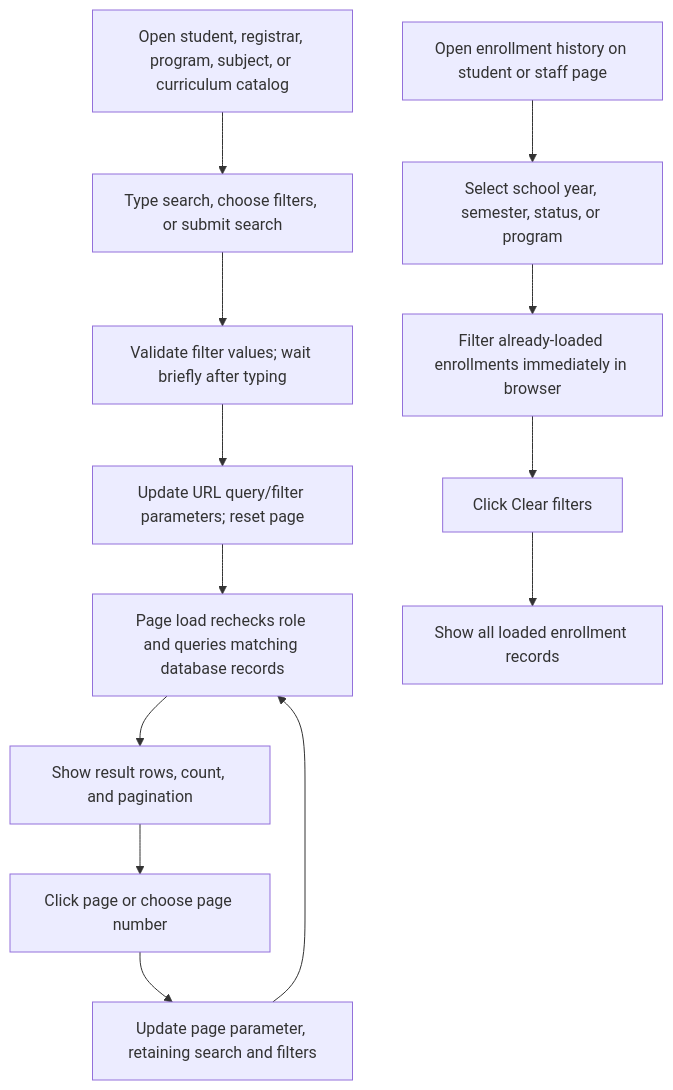
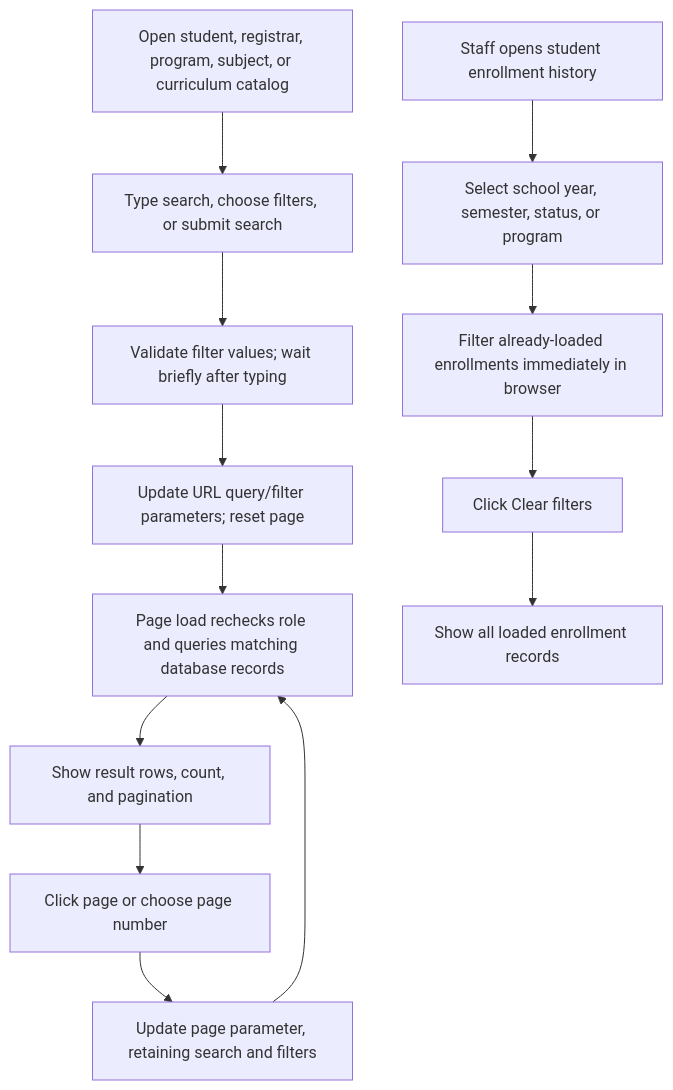
Diagram 15 of 19 in docs/system-flows.md (alincastrechristian-lgtm/enrollment-bpc), drawn with Mermaid before and after one commit. The commit also changed other lines of this file and 42 other files, not shown here.

````diff
--- a/docs/system-flows.md
+++ b/docs/system-flows.md
@@ -541,15 +566,15 @@
 ```mermaid
 flowchart TD
     List[Open student, registrar, program, subject, or curriculum catalog] --> Input[Type search, choose filters, or submit search]
     Input --> Validate[Validate filter values; wait briefly after typing]
     Validate --> URL[Update URL query/filter parameters; reset page]
     URL --> Server[Page load rechecks role and queries matching database records]
     Server --> Display[Show result rows, count, and pagination]
     Display --> Page[Click page or choose page number]
     Page --> PageURL[Update page parameter, retaining search and filters]
     PageURL --> Server
-    History[Open enrollment history on student or staff page] --> Filter[Select school year, semester, status, or program]
+    History[Staff opens student enrollment history] --> Filter[Select school year, semester, status, or program]
     Filter --> Local[Filter already-loaded enrollments immediately in browser]
     Local --> Clear[Click Clear filters]
     Clear --> All[Show all loaded enrollment records]
 ```
````
